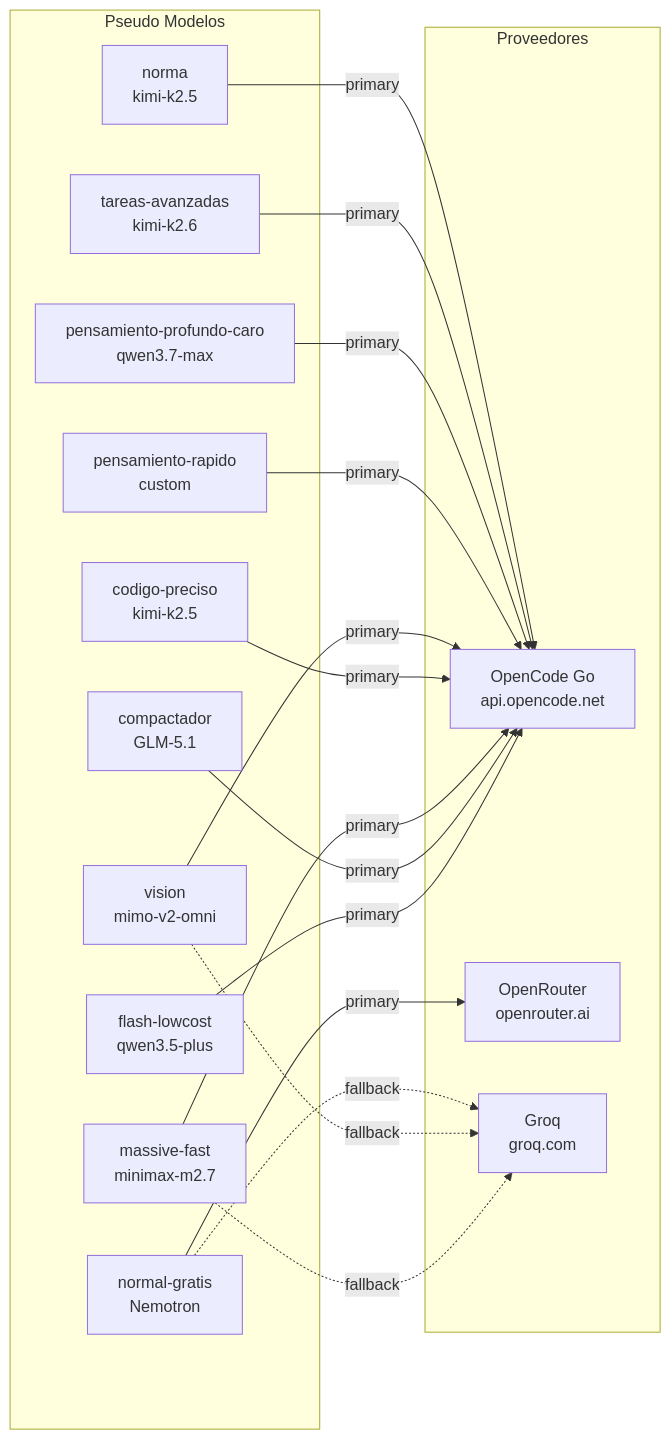
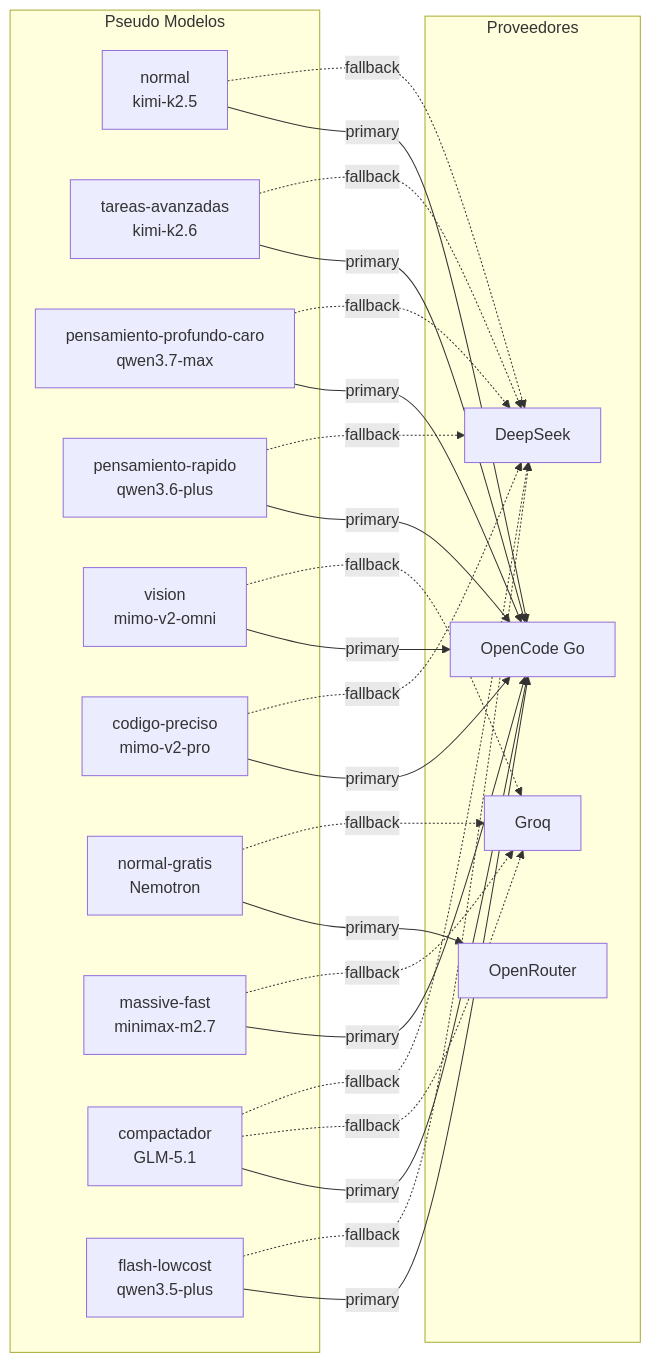
The third of 6 diagrams in diagramas.md (CesarGuzmanLopez/proxy-cesar), drawn with Mermaid before and after one commit. The commit also changed other lines of this file and 4 other files, not shown here.

````diff
--- a/diagramas.md
+++ b/diagramas.md
@@ -87,35 +81,45 @@
 ```mermaid
 graph LR
     subgraph Pseudo Modelos
-        NORMAL[norma<br/>kimi-k2.5]
+        NORMAL[normal<br/>kimi-k2.5]
         TAREA[tareas-avanzadas<br/>kimi-k2.6]
         PROF[pensamiento-profundo-caro<br/>qwen3.7-max]
-        RAP[pensamiento-rapido<br/>custom]
+        RAP[pensamiento-rapido<br/>qwen3.6-plus]
         VIS[vision<br/>mimo-v2-omni]
-        COD[codigo-preciso<br/>kimi-k2.5]
+        COD[codigo-preciso<br/>mimo-v2-pro]
         GRAT[normal-gratis<br/>Nemotron]
         MASS[massive-fast<br/>minimax-m2.7]
         COMP[compactador<br/>GLM-5.1]
         FLASH[flash-lowcost<br/>qwen3.5-plus]
     end
 
     subgraph Proveedores
-        OG[OpenCode Go<br/>api.opencode.net]
-        OR[OpenRouter<br/>openrouter.ai]
-        GQ[Groq<br/>groq.com]
+        OG[OpenCode Go]
+        OR[OpenRouter]
+        GQ[Groq]
+        DS[DeepSeek]
     end
 
     NORMAL -->|primary| OG
     TAREA -->|primary| OG
     PROF -->|primary| OG
     RAP -->|primary| OG
     VIS -->|primary| OG
     COD -->|primary| OG
-    GRAT -->|primary| OR
     MASS -->|primary| OG
     COMP -->|primary| OG
     FLASH -->|primary| OG
-    GRAT -.->|fallback| GQ
+    GRAT -->|primary| OR
+
+    NORMAL -.->|fallback| DS
+    PROF -.->|fallback| DS
+    TAREA -.->|fallback| DS
+    RAP -.->|fallback| DS
+    COD -.->|fallback| DS
+    FLASH -.->|fallback| DS
+    COMP -.->|fallback| GQ
+    COMP -.->|fallback| DS
     VIS -.->|fallback| GQ
     MASS -.->|fallback| GQ
+    GRAT -.->|fallback| GQ
 ```
````
